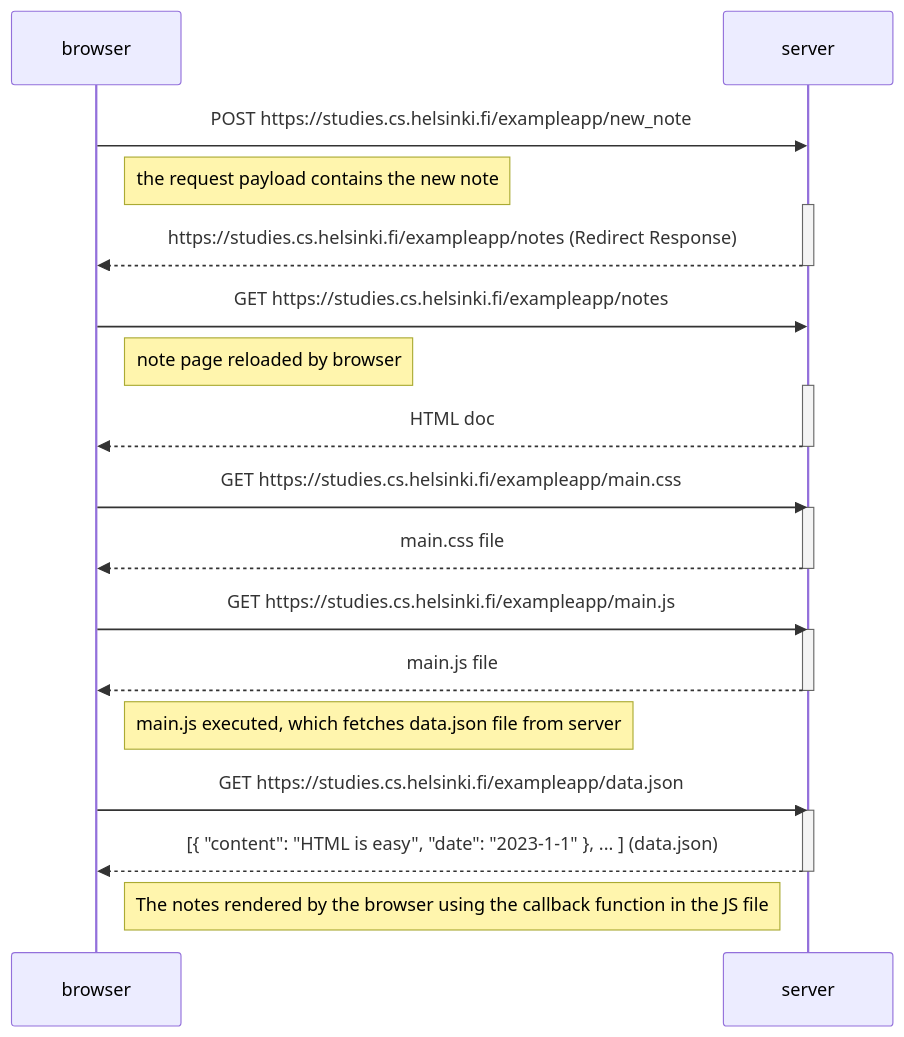
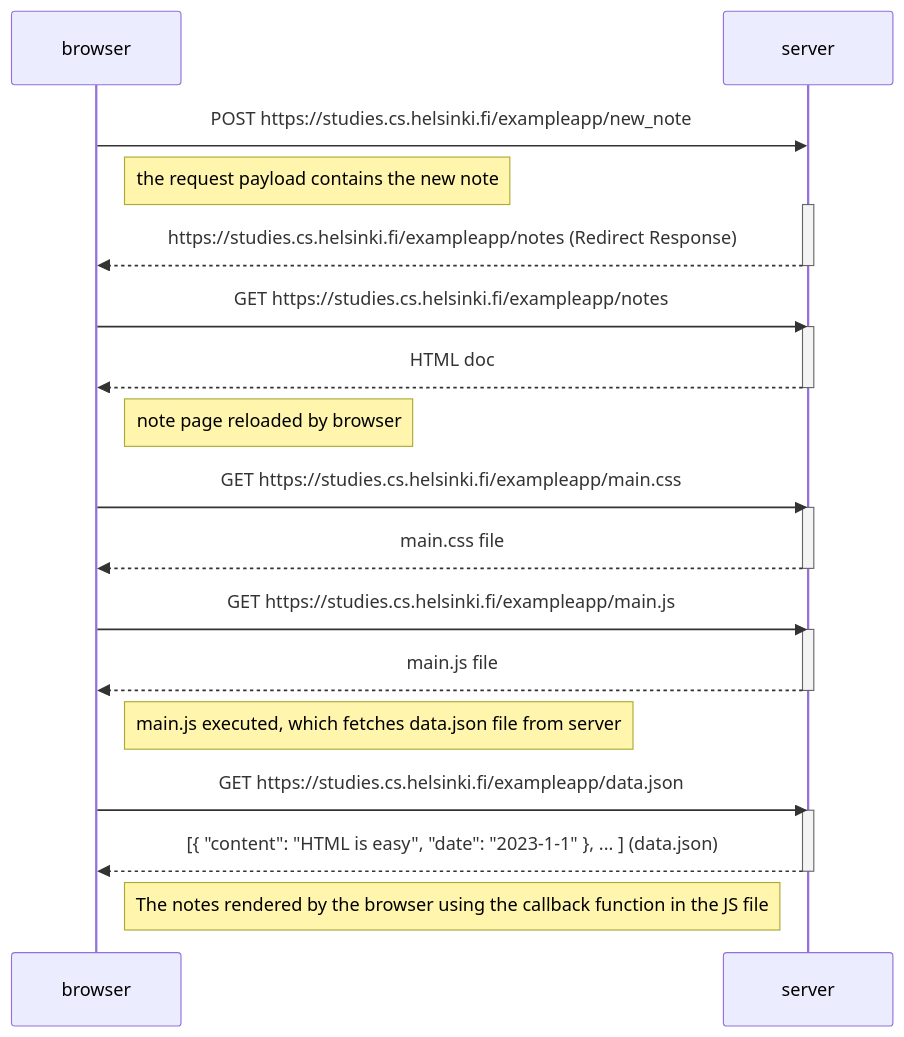
Before and after one commit to aleenaahmad1/FullStackWebDev: the diagram in part0/0.4/newnote.md, drawn with Mermaid.

Commit message:
task 0.4 updated

````diff
--- a/part0/0.4/newnote.md
+++ b/part0/0.4/newnote.md
@@ -1,36 +1,38 @@
 ```mermaid
     sequenceDiagram
     participant browser
     participant server
 
     browser->>server: POST https://studies.cs.helsinki.fi/exampleapp/new_note
     Note right of browser: the request payload contains the new note
     activate server
     server-->>browser: https://studies.cs.helsinki.fi/exampleapp/notes (Redirect Response)
     deactivate server
     
     browser->>server: GET https://studies.cs.helsinki.fi/exampleapp/notes
-    Note right of browser: note page reloaded by browser
     activate server
     server-->>browser: HTML doc
     deactivate server
     
+    Note right of browser: note page reloaded by browser
+    
+
     browser->>server: GET https://studies.cs.helsinki.fi/exampleapp/main.css
     activate server
     server-->>browser: main.css file
     deactivate server
     
     browser->>server: GET https://studies.cs.helsinki.fi/exampleapp/main.js
     activate server
     server-->>browser: main.js file
     deactivate server
     
     Note right of browser: main.js executed, which fetches data.json file from server
     
     browser->>server: GET https://studies.cs.helsinki.fi/exampleapp/data.json
     activate server
     server-->>browser: [{ "content": "HTML is easy", "date": "2023-1-1" }, ... ] (data.json)
     deactivate server    
 
     Note right of browser: The notes rendered by the browser using the callback function in the JS file
 ```
````
